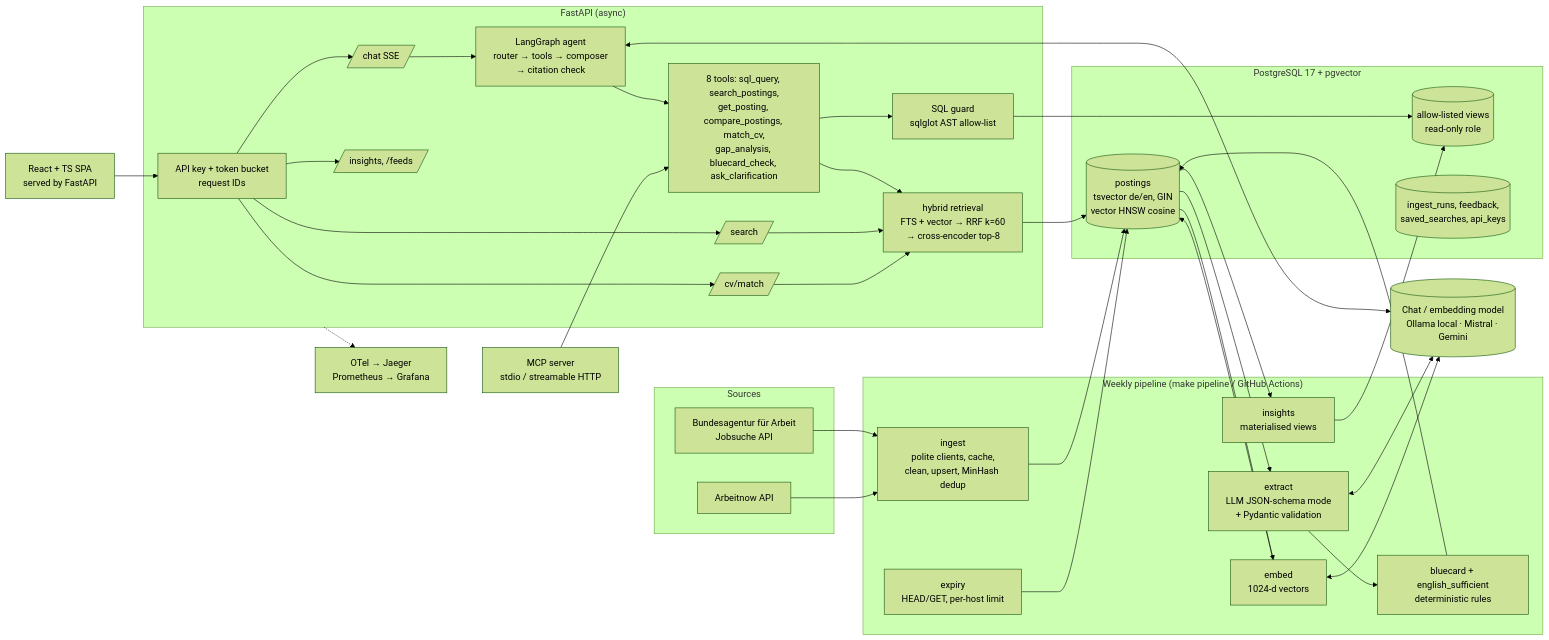
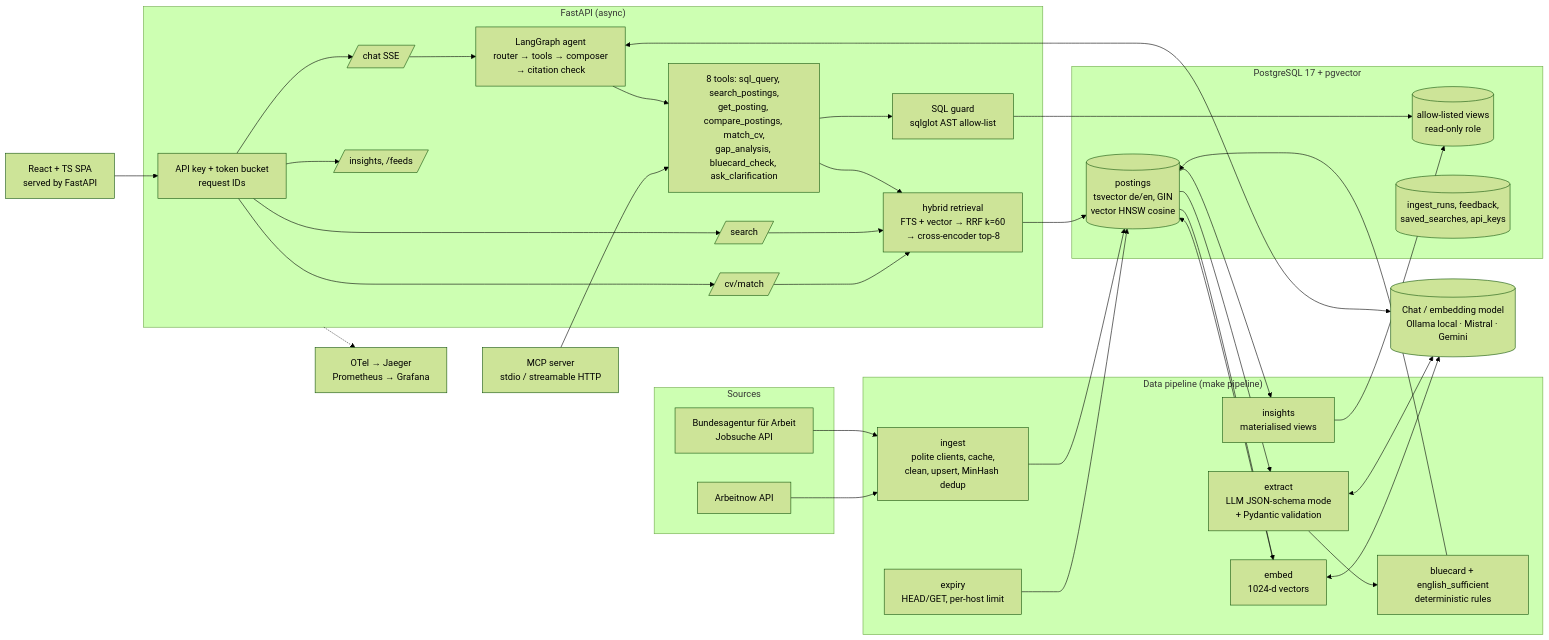
One commit to srghosh56/jobscout changed the diagram in docs/ARCHITECTURE.md. Above: the diagram before and after it, drawn with Mermaid (forest theme). The commit also changed other lines of this file and 1 other file, not shown here.

Commit message:
docs: add status, freshness limitation and roadmap

````diff
--- a/docs/ARCHITECTURE.md
+++ b/docs/ARCHITECTURE.md
@@ -3,54 +3,54 @@
 ```mermaid
 flowchart LR
   subgraph Sources
     BA[Bundesagentur für Arbeit<br/>Jobsuche API]
     AN[Arbeitnow API]
   end
-  subgraph Pipeline["Weekly pipeline (make pipeline / GitHub Actions)"]
+  subgraph Pipeline["Data pipeline (make pipeline)"]
     ING[ingest<br/>polite clients, cache,<br/>clean, upsert, MinHash dedup]
     EXT[extract<br/>LLM JSON-schema mode<br/>+ Pydantic validation]
     BC[bluecard + english_sufficient<br/>deterministic rules]
     EMB[embed<br/>1024-d vectors]
     INS[insights<br/>materialised views]
     EXP[expiry<br/>HEAD/GET, per-host limit]
   end
   subgraph DB["PostgreSQL 17 + pgvector"]
     P[(postings<br/>tsvector de/en, GIN<br/>vector HNSW cosine)]
     V[(allow-listed views<br/>read-only role)]
     O[(ingest_runs, feedback,<br/>saved_searches, api_keys)]
   end
   subgraph API["FastAPI (async)"]
     AUTH[API key + token bucket<br/>request IDs]
     SR[/search/]
     CH[/chat SSE/]
     CV[/cv/match/]
     IN[/insights, /feeds/]
     AG[LangGraph agent<br/>router → tools → composer<br/>→ citation check]
     TOOLS[8 tools: sql_query, search_postings,<br/>get_posting, compare_postings, match_cv,<br/>gap_analysis, bluecard_check, ask_clarification]
     HY[hybrid retrieval<br/>FTS + vector → RRF k=60<br/>→ cross-encoder top-8]
     G[SQL guard<br/>sqlglot AST allow-list]
   end
   WEB[React + TS SPA<br/>served by FastAPI]
   MCP[MCP server<br/>stdio / streamable HTTP]
   LLM[(Chat / embedding model<br/>Ollama local · Mistral · Gemini)]
   OBS[OTel → Jaeger<br/>Prometheus → Grafana]
 
   BA --> ING
   AN --> ING
   ING --> P
   P --> EXT --> BC --> P
   P --> EMB --> P
   P --> INS --> V
   EXP --> P
   WEB --> AUTH --> SR & CH & CV & IN
   CH --> AG --> TOOLS
   TOOLS --> HY --> P
   TOOLS --> G --> V
   SR --> HY
   CV --> HY
   AG <--> LLM
   EXT <--> LLM
   EMB <--> LLM
   MCP --> TOOLS
   API -.-> OBS
 ```
````
